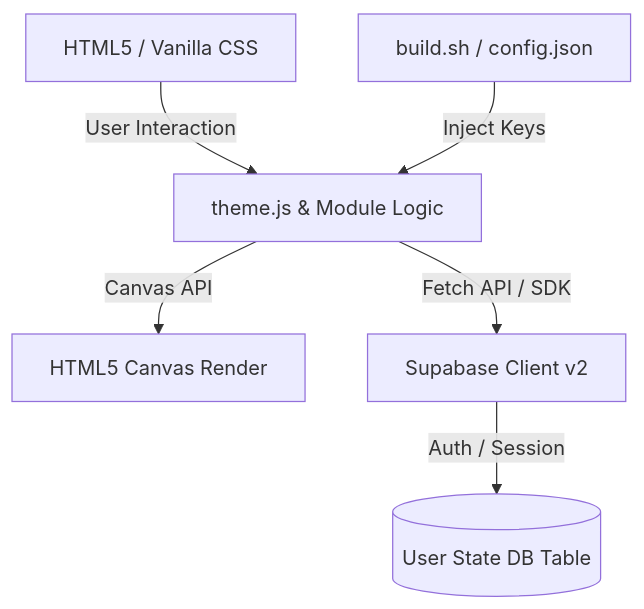
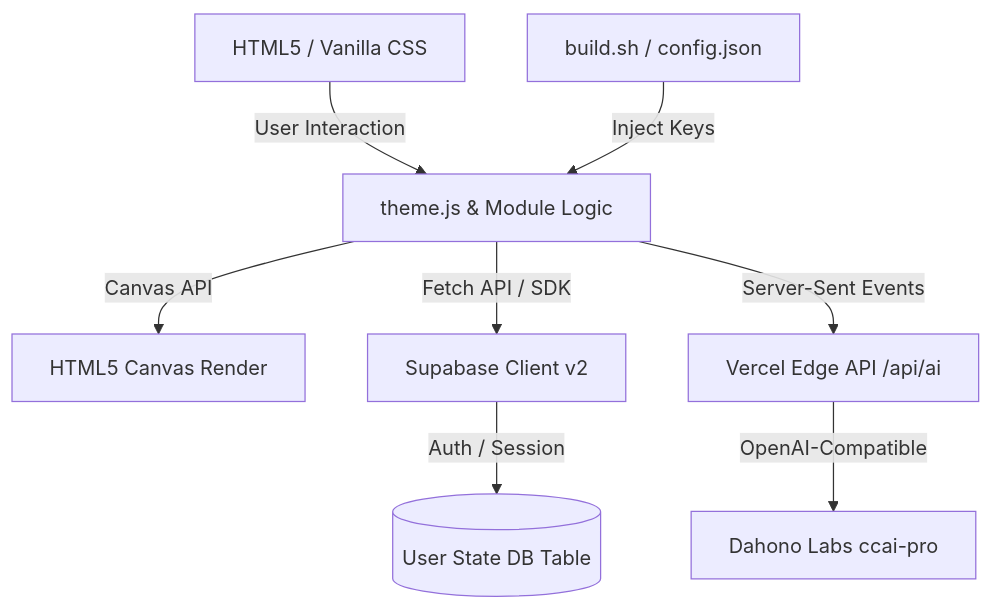
The diagram in README.md (dipadana/aimathlab), drawn with Mermaid before and after one commit. The commit also changed other lines of this file, not shown here.

Commit message:
docs: update README with AI Tutor features, architectural changes, and asset configuration details

````diff
--- a/README.md
+++ b/README.md
@@ -70,8 +71,10 @@
 ```mermaid
 graph TD
     UI[HTML5 / Vanilla CSS] -->|User Interaction| JS[theme.js & Module Logic]
     JS -->|Canvas API| Visuals[HTML5 Canvas Render]
     JS -->|Fetch API / SDK| Supabase[Supabase Client v2]
+    JS -->|Server-Sent Events| Edge[Vercel Edge API /api/ai]
+    Edge -->|OpenAI-Compatible| Dahono[Dahono Labs ccai-pro]
     Supabase -->|Auth / Session| Database[(User State DB Table)]
     Config[build.sh / config.json] -->|Inject Keys| JS
 ```
````
